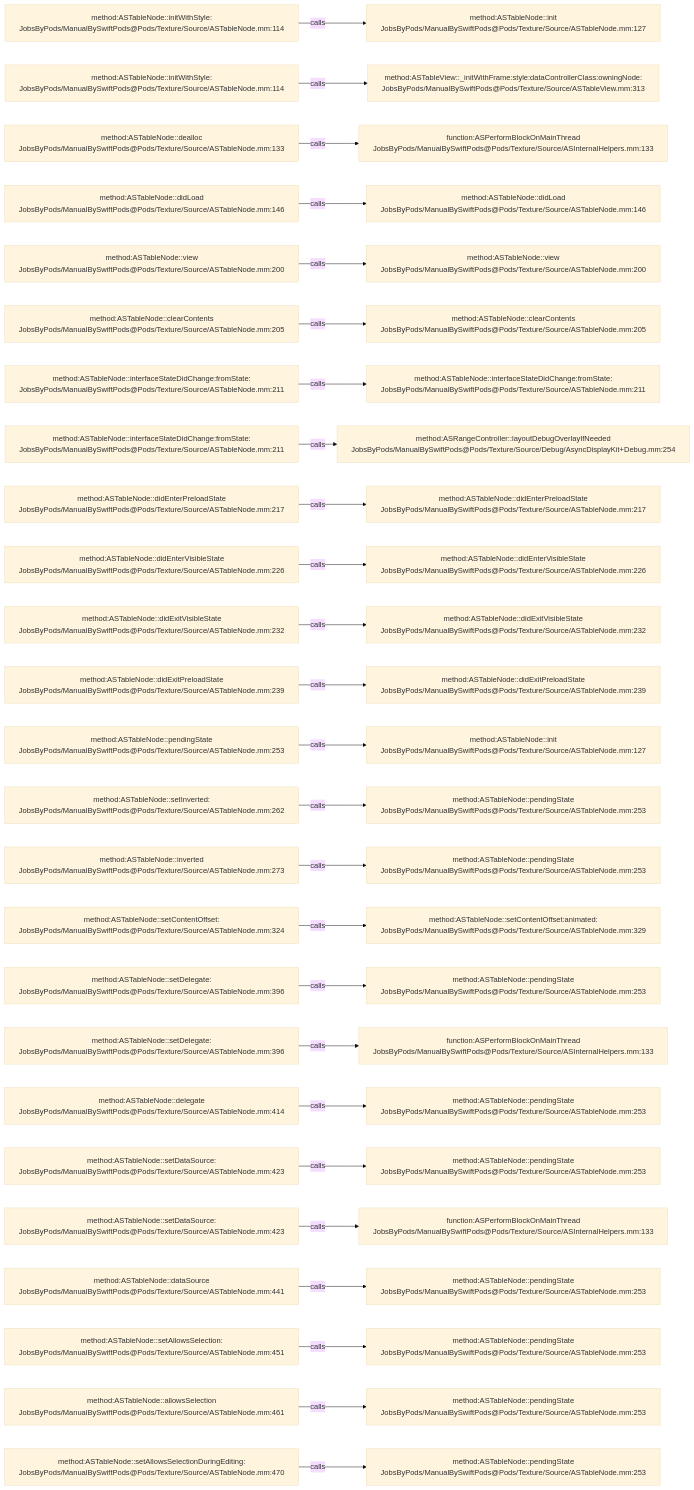
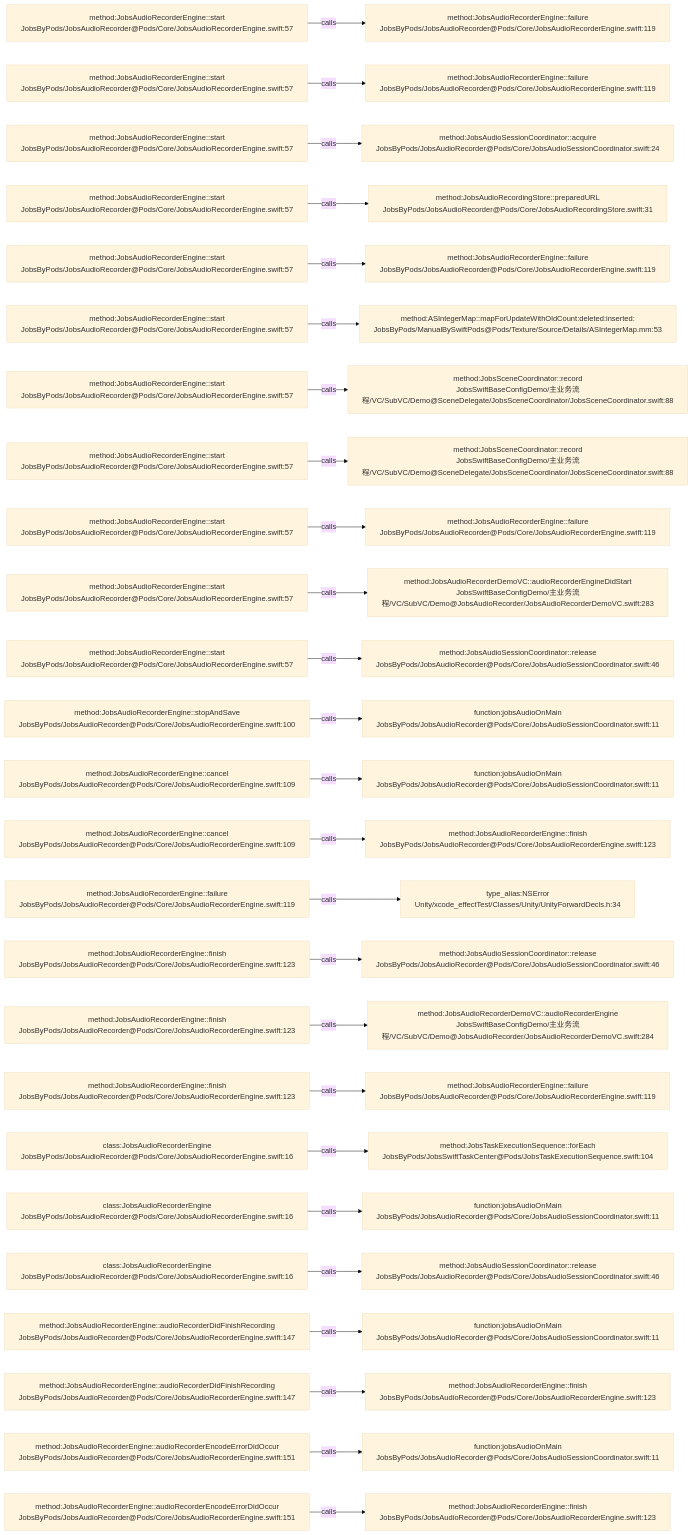
One commit to JobsKits/JobsSwiftBaseConfigDemo changed the diagram in .codegraph/codegraph.md/graphs/calls-055.md. Above: the diagram before and after it, drawn with Mermaid (base theme). The commit also changed 224 other files, not shown here.

````diff
--- a/.codegraph/codegraph.md/graphs/calls-055.md
+++ b/.codegraph/codegraph.md/graphs/calls-055.md
@@ -13,78 +13,78 @@
 ```mermaid
 flowchart LR
-  S1["method:ASTableNode::initWithStyle:<br/>JobsByPods/ManualBySwiftPods@Pods/Texture/Source/ASTableNode.mm:114"]
-  T1["method:ASTableNode::init<br/>JobsByPods/ManualBySwiftPods@Pods/Texture/Source/ASTableNode.mm:127"]
+  S1["method:JobsAudioRecorderEngine::start<br/>JobsByPods/JobsAudioRecorder@Pods/Core/JobsAudioRecorderEngine.swift:57"]
+  T1["method:JobsAudioRecorderEngine::failure<br/>JobsByPods/JobsAudioRecorder@Pods/Core/JobsAudioRecorderEngine.swift:119"]
   S1 -->|calls| T1
-  S2["method:ASTableNode::initWithStyle:<br/>JobsByPods/ManualBySwiftPods@Pods/Texture/Source/ASTableNode.mm:114"]
-  T2["method:ASTableView::_initWithFrame:style:dataControllerClass:owningNode:<br/>JobsByPods/ManualBySwiftPods@Pods/Texture/Source/ASTableView.mm:313"]
+  S2["method:JobsAudioRecorderEngine::start<br/>JobsByPods/JobsAudioRecorder@Pods/Core/JobsAudioRecorderEngine.swift:57"]
+  T2["method:JobsAudioRecorderEngine::failure<br/>JobsByPods/JobsAudioRecorder@Pods/Core/JobsAudioRecorderEngine.swift:119"]
   S2 -->|calls| T2
-  S3["method:ASTableNode::dealloc<br/>JobsByPods/ManualBySwiftPods@Pods/Texture/Source/ASTableNode.mm:133"]
-  T3["function:ASPerformBlockOnMainThread<br/>JobsByPods/ManualBySwiftPods@Pods/Texture/Source/ASInternalHelpers.mm:133"]
+  S3["method:JobsAudioRecorderEngine::start<br/>JobsByPods/JobsAudioRecorder@Pods/Core/JobsAudioRecorderEngine.swift:57"]
+  T3["method:JobsAudioSessionCoordinator::acquire<br/>JobsByPods/JobsAudioRecorder@Pods/Core/JobsAudioSessionCoordinator.swift:24"]
   S3 -->|calls| T3
-  S4["method:ASTableNode::didLoad<br/>JobsByPods/ManualBySwiftPods@Pods/Texture/Source/ASTableNode.mm:146"]
-  T4["method:ASTableNode::didLoad<br/>JobsByPods/ManualBySwiftPods@Pods/Texture/Source/ASTableNode.mm:146"]
+  S4["method:JobsAudioRecorderEngine::start<br/>JobsByPods/JobsAudioRecorder@Pods/Core/JobsAudioRecorderEngine.swift:57"]
+  T4["method:JobsAudioRecordingStore::preparedURL<br/>JobsByPods/JobsAudioRecorder@Pods/Core/JobsAudioRecordingStore.swift:31"]
   S4 -->|calls| T4
-  S5["method:ASTableNode::view<br/>JobsByPods/ManualBySwiftPods@Pods/Texture/Source/ASTableNode.mm:200"]
-  T5["method:ASTableNode::view<br/>JobsByPods/ManualBySwiftPods@Pods/Texture/Source/ASTableNode.mm:200"]
+  S5["method:JobsAudioRecorderEngine::start<br/>JobsByPods/JobsAudioRecorder@Pods/Core/JobsAudioRecorderEngine.swift:57"]
+  T5["method:JobsAudioRecorderEngine::failure<br/>JobsByPods/JobsAudioRecorder@Pods/Core/JobsAudioRecorderEngine.swift:119"]
   S5 -->|calls| T5
-  S6["method:ASTableNode::clearContents<br/>JobsByPods/ManualBySwiftPods@Pods/Texture/Source/ASTableNode.mm:205"]
-  T6["method:ASTableNode::clearContents<br/>JobsByPods/ManualBySwiftPods@Pods/Texture/Source/ASTableNode.mm:205"]
+  S6["method:JobsAudioRecorderEngine::start<br/>JobsByPods/JobsAudioRecorder@Pods/Core/JobsAudioRecorderEngine.swift:57"]
+  T6["method:ASIntegerMap::mapForUpdateWithOldCount:deleted:inserted:<br/>JobsByPods/ManualBySwiftPods@Pods/Texture/Source/Details/ASIntegerMap.mm:53"]
   S6 -->|calls| T6
-  S7["method:ASTableNode::interfaceStateDidChange:fromState:<br/>JobsByPods/ManualBySwiftPods@Pods/Texture/Source/ASTableNode.mm:211"]
-  T7["method:ASTableNode::interfaceStateDidChange:fromState:<br/>JobsByPods/ManualBySwiftPods@Pods/Texture/Source/ASTableNode.mm:211"]
+  S7["method:JobsAudioRecorderEngine::start<br/>JobsByPods/JobsAudioRecorder@Pods/Core/JobsAudioRecorderEngine.swift:57"]
+  T7["method:JobsSceneCoordinator::record<br/>JobsSwiftBaseConfigDemo/主业务流程/VC/SubVC/Demo@SceneDelegate/JobsSceneCoordinator/JobsSceneCoordinator.swift:88"]
   S7 -->|calls| T7
-  S8["method:ASTableNode::interfaceStateDidChange:fromState:<br/>JobsByPods/ManualBySwiftPods@Pods/Texture/Source/ASTableNode.mm:211"]
-  T8["method:ASRangeController::layoutDebugOverlayIfNeeded<br/>JobsByPods/ManualBySwiftPods@Pods/Texture/Source/Debug/AsyncDisplayKit+Debug.mm:254"]
+  S8["method:JobsAudioRecorderEngine::start<br/>JobsByPods/JobsAudioRecorder@Pods/Core/JobsAudioRecorderEngine.swift:57"]
+  T8["method:JobsSceneCoordinator::record<br/>JobsSwiftBaseConfigDemo/主业务流程/VC/SubVC/Demo@SceneDelegate/JobsSceneCoordinator/JobsSceneCoordinator.swift:88"]
   S8 -->|calls| T8
-  S9["method:ASTableNode::didEnterPreloadState<br/>JobsByPods/ManualBySwiftPods@Pods/Texture/Source/ASTableNode.mm:217"]
-  T9["method:ASTableNode::didEnterPreloadState<br/>JobsByPods/ManualBySwiftPods@Pods/Texture/Source/ASTableNode.mm:217"]
+  S9["method:JobsAudioRecorderEngine::start<br/>JobsByPods/JobsAudioRecorder@Pods/Core/JobsAudioRecorderEngine.swift:57"]
+  T9["method:JobsAudioRecorderEngine::failure<br/>JobsByPods/JobsAudioRecorder@Pods/Core/JobsAudioRecorderEngine.swift:119"]
   S9 -->|calls| T9
-  S10["method:ASTableNode::didEnterVisibleState<br/>JobsByPods/ManualBySwiftPods@Pods/Texture/Source/ASTableNode.mm:226"]
-  T10["method:ASTableNode::didEnterVisibleState<br/>JobsByPods/ManualBySwiftPods@Pods/Texture/Source/ASTableNode.mm:226"]
+  S10["method:JobsAudioRecorderEngine::start<br/>JobsByPods/JobsAudioRecorder@Pods/Core/JobsAudioRecorderEngine.swift:57"]
+  T10["method:JobsAudioRecorderDemoVC::audioRecorderEngineDidStart<br/>JobsSwiftBaseConfigDemo/主业务流程/VC/SubVC/Demo@JobsAudioRecorder/JobsAudioRecorderDemoVC.swift:283"]
   S10 -->|calls| T10
-  S11["method:ASTableNode::didExitVisibleState<br/>JobsByPods/ManualBySwiftPods@Pods/Texture/Source/ASTableNode.mm:232"]
-  T11["method:ASTableNode::didExitVisibleState<br/>JobsByPods/ManualBySwiftPods@Pods/Texture/Source/ASTableNode.mm:232"]
+  S11["method:JobsAudioRecorderEngine::start<br/>JobsByPods/JobsAudioRecorder@Pods/Core/JobsAudioRecorderEngine.swift:57"]
+  T11["method:JobsAudioSessionCoordinator::release<br/>JobsByPods/JobsAudioRecorder@Pods/Core/JobsAudioSessionCoordinator.swift:46"]
   S11 -->|calls| T11
-  S12["method:ASTableNode::didExitPreloadState<br/>JobsByPods/ManualBySwiftPods@Pods/Texture/Source/ASTableNode.mm:239"]
-  T12["method:ASTableNode::didExitPreloadState<br/>JobsByPods/ManualBySwiftPods@Pods/Texture/Source/ASTableNode.mm:239"]
+  S12["method:JobsAudioRecorderEngine::stopAndSave<br/>JobsByPods/JobsAudioRecorder@Pods/Core/JobsAudioRecorderEngine.swift:100"]
+  T12["function:jobsAudioOnMain<br/>JobsByPods/JobsAudioRecorder@Pods/Core/JobsAudioSessionCoordinator.swift:11"]
   S12 -->|calls| T12
-  S13["method:ASTableNode::pendingState<br/>JobsByPods/ManualBySwiftPods@Pods/Texture/Source/ASTableNode.mm:253"]
-  T13["method:ASTableNode::init<br/>JobsByPods/ManualBySwiftPods@Pods/Texture/Source/ASTableNode.mm:127"]
+  S13["method:JobsAudioRecorderEngine::cancel<br/>JobsByPods/JobsAudioRecorder@Pods/Core/JobsAudioRecorderEngine.swift:109"]
+  T13["function:jobsAudioOnMain<br/>JobsByPods/JobsAudioRecorder@Pods/Core/JobsAudioSessionCoordinator.swift:11"]
   S13 -->|calls| T13
-  S14["method:ASTableNode::setInverted:<br/>JobsByPods/ManualBySwiftPods@Pods/Texture/Source/ASTableNode.mm:262"]
-  T14["method:ASTableNode::pendingState<br/>JobsByPods/ManualBySwiftPods@Pods/Texture/Source/ASTableNode.mm:253"]
+  S14["method:JobsAudioRecorderEngine::cancel<br/>JobsByPods/JobsAudioRecorder@Pods/Core/JobsAudioRecorderEngine.swift:109"]
+  T14["method:JobsAudioRecorderEngine::finish<br/>JobsByPods/JobsAudioRecorder@Pods/Core/JobsAudioRecorderEngine.swift:123"]
   S14 -->|calls| T14
-  S15["method:ASTableNode::inverted<br/>JobsByPods/ManualBySwiftPods@Pods/Texture/Source/ASTableNode.mm:273"]
-  T15["method:ASTableNode::pendingState<br/>JobsByPods/ManualBySwiftPods@Pods/Texture/Source/ASTableNode.mm:253"]
+  S15["method:JobsAudioRecorderEngine::failure<br/>JobsByPods/JobsAudioRecorder@Pods/Core/JobsAudioRecorderEngine.swift:119"]
+  T15["type_alias:NSError<br/>Unity/xcode_effectTest/Classes/Unity/UnityForwardDecls.h:34"]
   S15 -->|calls| T15
-  S16["method:ASTableNode::setContentOffset:<br/>JobsByPods/ManualBySwiftPods@Pods/Texture/Source/ASTableNode.mm:324"]
-  T16["method:ASTableNode::setContentOffset:animated:<br/>JobsByPods/ManualBySwiftPods@Pods/Texture/Source/ASTableNode.mm:329"]
+  S16["method:JobsAudioRecorderEngine::finish<br/>JobsByPods/JobsAudioRecorder@Pods/Core/JobsAudioRecorderEngine.swift:123"]
+  T16["method:JobsAudioSessionCoordinator::release<br/>JobsByPods/JobsAudioRecorder@Pods/Core/JobsAudioSessionCoordinator.swift:46"]
   S16 -->|calls| T16
-  S17["method:ASTableNode::setDelegate:<br/>JobsByPods/ManualBySwiftPods@Pods/Texture/Source/ASTableNode.mm:396"]
-  T17["method:ASTableNode::pendingState<br/>JobsByPods/ManualBySwiftPods@Pods/Texture/Source/ASTableNode.mm:253"]
+  S17["method:JobsAudioRecorderEngine::finish<br/>JobsByPods/JobsAudioRecorder@Pods/Core/JobsAudioRecorderEngine.swift:123"]
+  T17["method:JobsAudioRecorderDemoVC::audioRecorderEngine<br/>JobsSwiftBaseConfigDemo/主业务流程/VC/SubVC/Demo@JobsAudioRecorder/JobsAudioRecorderDemoVC.swift:284"]
   S17 -->|calls| T17
-  S18["method:ASTableNode::setDelegate:<br/>JobsByPods/ManualBySwiftPods@Pods/Texture/Source/ASTableNode.mm:396"]
-  T18["function:ASPerformBlockOnMainThread<br/>JobsByPods/ManualBySwiftPods@Pods/Texture/Source/ASInternalHelpers.mm:133"]
+  S18["method:JobsAudioRecorderEngine::finish<br/>JobsByPods/JobsAudioRecorder@Pods/Core/JobsAudioRecorderEngine.swift:123"]
+  T18["method:JobsAudioRecorderEngine::failure<br/>JobsByPods/JobsAudioRecorder@Pods/Core/JobsAudioRecorderEngine.swift:119"]
   S18 -->|calls| T18
-  S19["method:ASTableNode::delegate<br/>JobsByPods/ManualBySwiftPods@Pods/Texture/Source/ASTableNode.mm:414"]
-  T19["method:ASTableNode::pendingState<br/>JobsByPods/ManualBySwiftPods@Pods/Texture/Source/ASTableNode.mm:253"]
+  S19["class:JobsAudioRecorderEngine<br/>JobsByPods/JobsAudioRecorder@Pods/Core/JobsAudioRecorderEngine.swift:16"]
+  T19["method:JobsTaskExecutionSequence::forEach<br/>JobsByPods/JobsSwiftTaskCenter@Pods/JobsTaskExecutionSequence.swift:104"]
   S19 -->|calls| T19
-  S20["method:ASTableNode::setDataSource:<br/>JobsByPods/ManualBySwiftPods@Pods/Texture/Source/ASTableNode.mm:423"]
-  T20["method:ASTableNode::pendingState<br/>JobsByPods/ManualBySwiftPods@Pods/Texture/Source/ASTableNode.mm:253"]
+  S20["class:JobsAudioRecorderEngine<br/>JobsByPods/JobsAudioRecorder@Pods/Core/JobsAudioRecorderEngine.swift:16"]
+  T20["function:jobsAudioOnMain<br/>JobsByPods/JobsAudioRecorder@Pods/Core/JobsAudioSessionCoordinator.swift:11"]
   S20 -->|calls| T20
-  S21["method:ASTableNode::setDataSource:<br/>JobsByPods/ManualBySwiftPods@Pods/Texture/Source/ASTableNode.mm:423"]
-  T21["function:ASPerformBlockOnMainThread<br/>JobsByPods/ManualBySwiftPods@Pods/Texture/Source/ASInternalHelpers.mm:133"]
+  S21["class:JobsAudioRecorderEngine<br/>JobsByPods/JobsAudioRecorder@Pods/Core/JobsAudioRecorderEngine.swift:16"]
+  T21["method:JobsAudioSessionCoordinator::release<br/>JobsByPods/JobsAudioRecorder@Pods/Core/JobsAudioSessionCoordinator.swift:46"]
   S21 -->|calls| T21
-  S22["method:ASTableNode::dataSource<br/>JobsByPods/ManualBySwiftPods@Pods/Texture/Source/ASTableNode.mm:441"]
-  T22["method:ASTableNode::pendingState<br/>JobsByPods/ManualBySwiftPods@Pods/Texture/Source/ASTableNode.mm:253"]
+  S22["method:JobsAudioRecorderEngine::audioRecorderDidFinishRecording<br/>JobsByPods/JobsAudioRecorder@Pods/Core/JobsAudioRecorderEngine.swift:147"]
+  T22["function:jobsAudioOnMain<br/>JobsByPods/JobsAudioRecorder@Pods/Core/JobsAudioSessionCoordinator.swift:11"]
   S22 -->|calls| T22
-  S23["method:ASTableNode::setAllowsSelection:<br/>JobsByPods/ManualBySwiftPods@Pods/Texture/Source/ASTableNode.mm:451"]
-  T23["method:ASTableNode::pendingState<br/>JobsByPods/ManualBySwiftPods@Pods/Texture/Source/ASTableNode.mm:253"]
+  S23["method:JobsAudioRecorderEngine::audioRecorderDidFinishRecording<br/>JobsByPods/JobsAudioRecorder@Pods/Core/JobsAudioRecorderEngine.swift:147"]
+  T23["method:JobsAudioRecorderEngine::finish<br/>JobsByPods/JobsAudioRecorder@Pods/Core/JobsAudioRecorderEngine.swift:123"]
   S23 -->|calls| T23
-  S24["method:ASTableNode::allowsSelection<br/>JobsByPods/ManualBySwiftPods@Pods/Texture/Source/ASTableNode.mm:461"]
-  T24["method:ASTableNode::pendingState<br/>JobsByPods/ManualBySwiftPods@Pods/Texture/Source/ASTableNode.mm:253"]
+  S24["method:JobsAudioRecorderEngine::audioRecorderEncodeErrorDidOccur<br/>JobsByPods/JobsAudioRecorder@Pods/Core/JobsAudioRecorderEngine.swift:151"]
+  T24["function:jobsAudioOnMain<br/>JobsByPods/JobsAudioRecorder@Pods/Core/JobsAudioSessionCoordinator.swift:11"]
   S24 -->|calls| T24
-  S25["method:ASTableNode::setAllowsSelectionDuringEditing:<br/>JobsByPods/ManualBySwiftPods@Pods/Texture/Source/ASTableNode.mm:470"]
-  T25["method:ASTableNode::pendingState<br/>JobsByPods/ManualBySwiftPods@Pods/Texture/Source/ASTableNode.mm:253"]
+  S25["method:JobsAudioRecorderEngine::audioRecorderEncodeErrorDidOccur<br/>JobsByPods/JobsAudioRecorder@Pods/Core/JobsAudioRecorderEngine.swift:151"]
+  T25["method:JobsAudioRecorderEngine::finish<br/>JobsByPods/JobsAudioRecorder@Pods/Core/JobsAudioRecorderEngine.swift:123"]
   S25 -->|calls| T25
 ```
````
